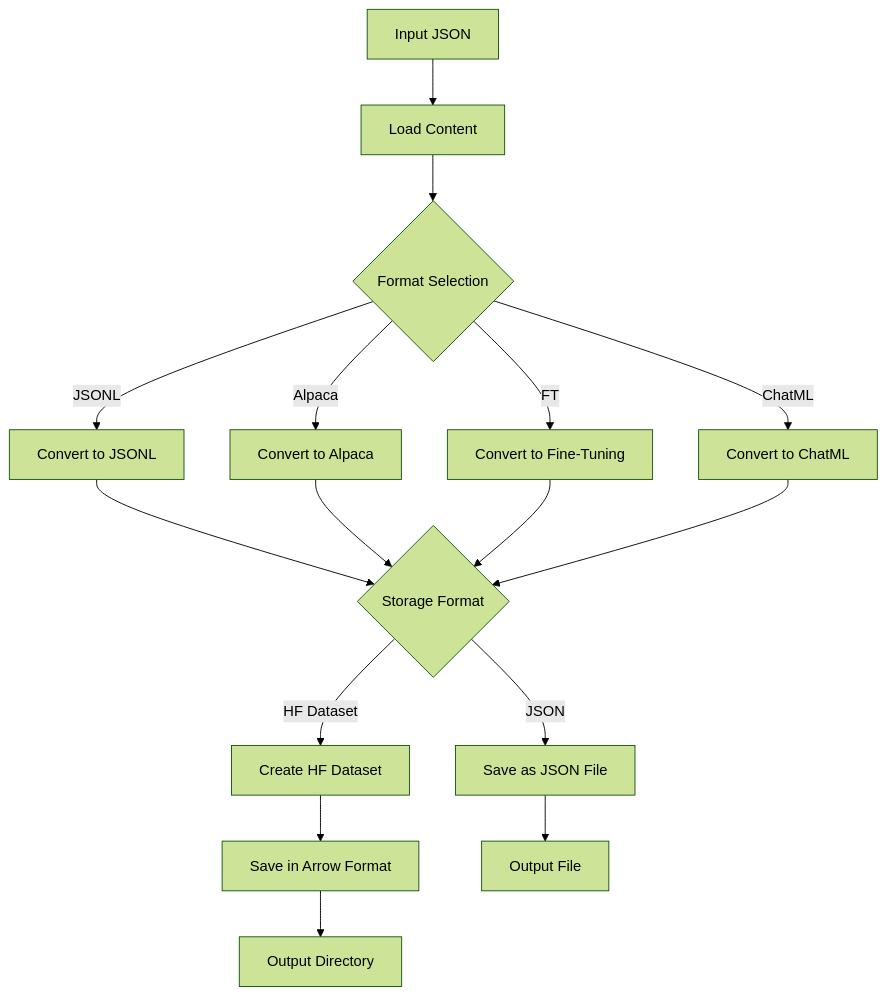
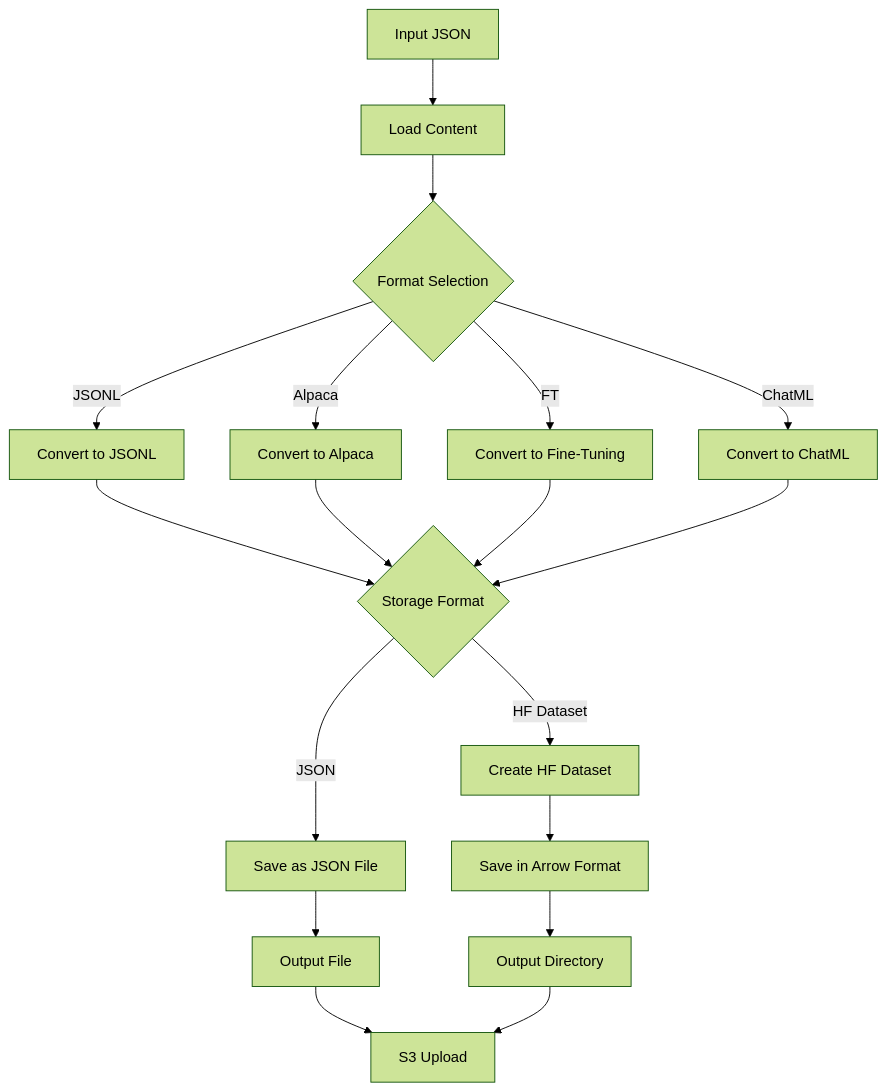
One commit to AvacynLab/datacreek changed the seventh of 7 diagrams in DOCS.md. Above: the diagram before and after it, drawn with Mermaid (forest theme). The commit also changed other lines of this file and 3 other files, not shown here.

````diff
--- a/DOCS.md
+++ b/DOCS.md
@@ -724,22 +771,24 @@
 ```mermaid
 graph TD
     InputJSON[Input JSON] --> LoadContent[Load Content]
     LoadContent --> FormatSelection{Format Selection}
     
     FormatSelection -->|JSONL| JSONL[Convert to JSONL]
     FormatSelection -->|Alpaca| Alpaca[Convert to Alpaca]
     FormatSelection -->|FT| FT[Convert to Fine-Tuning]
     FormatSelection -->|ChatML| ChatML[Convert to ChatML]
     
     JSONL --> StorageSelection{Storage Format}
     Alpaca --> StorageSelection
     FT --> StorageSelection
     ChatML --> StorageSelection
     
     StorageSelection -->|JSON| SaveJSONFile[Save as JSON File]
     StorageSelection -->|HF Dataset| CreateHFDataset[Create HF Dataset]
     CreateHFDataset --> SaveArrow[Save in Arrow Format]
-    
+
     SaveJSONFile --> OutputFile[Output File]
     SaveArrow --> OutputDir[Output Directory]
+    OutputFile --> S3Upload[S3 Upload]
+    OutputDir --> S3Upload
 ```
````
